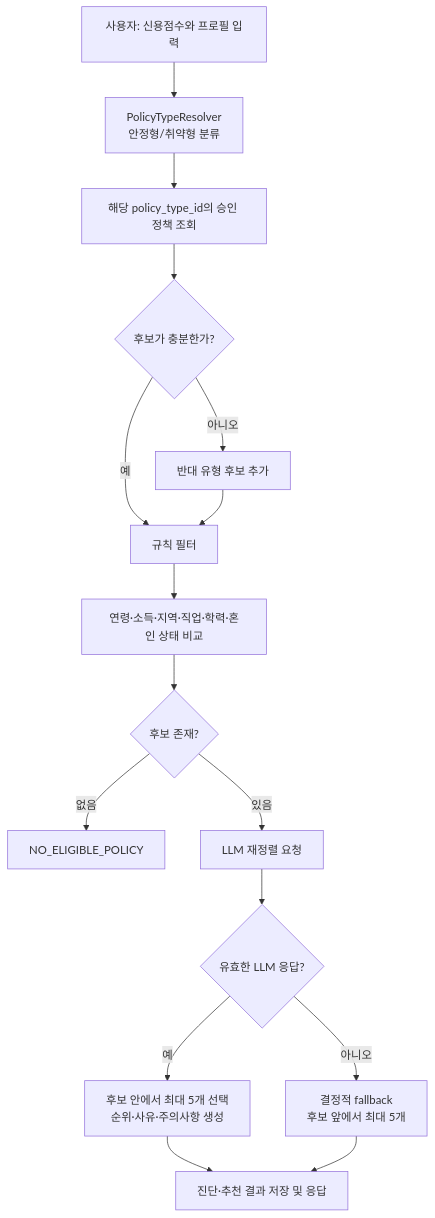
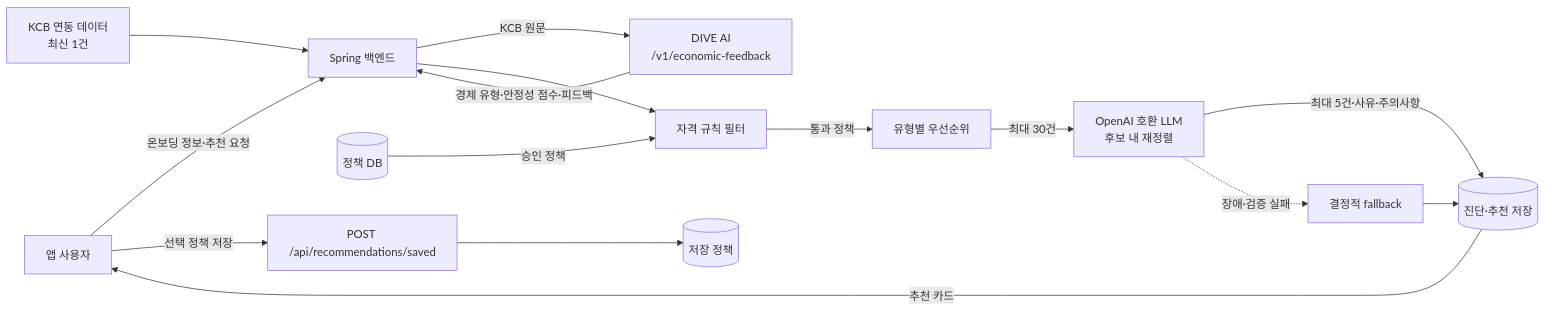
The diagram in apps/backend/POLICY_RECOMMENDATION_FLOW.md (DIVE-2026-Humanism/DIVE-intergration), drawn with Mermaid before and after one commit. The commit also changed other lines of this file and 55 other files, not shown here.

````diff
--- a/apps/backend/POLICY_RECOMMENDATION_FLOW.md
+++ b/apps/backend/POLICY_RECOMMENDATION_FLOW.md
@@ -55,18 +9,17 @@
 ```mermaid
-flowchart TD
-    A[사용자: 신용점수와 프로필 입력] --> B[PolicyTypeResolver\n안정형/취약형 분류]
-    B --> C[해당 policy_type_id의 승인 정책 조회]
-    C --> D{후보가 충분한가?}
-    D -- 아니오 --> E[반대 유형 후보 추가]
-    D -- 예 --> F[규칙 필터]
-    E --> F
-    F --> G[연령·소득·지역·직업·학력·혼인 상태 비교]
-    G --> H{후보 존재?}
-    H -- 없음 --> I[NO_ELIGIBLE_POLICY]
-    H -- 있음 --> J[LLM 재정렬 요청]
-    J --> K{유효한 LLM 응답?}
-    K -- 예 --> L[후보 안에서 최대 5개 선택\n순위·사유·주의사항 생성]
-    K -- 아니오 --> M[결정적 fallback\n후보 앞에서 최대 5개]
-    L --> N[진단·추천 결과 저장 및 응답]
-    M --> N
+flowchart LR
+    U[앱 사용자] -->|온보딩 정보·추천 요청| B[Spring 백엔드]
+    K[KCB 연동 데이터<br/>최신 1건] --> B
+    B -->|KCB 원문| AI[DIVE AI<br/>/v1/economic-feedback]
+    AI -->|경제 유형·안정성 점수·피드백| B
+    P[(정책 DB)] -->|승인 정책| F[자격 규칙 필터]
+    B --> F
+    F -->|통과 정책| R[유형별 우선순위]
+    R -->|최대 30건| L[OpenAI 호환 LLM<br/>후보 내 재정렬]
+    L -->|최대 5건·사유·주의사항| S[(진단·추천 저장)]
+    L -. 장애·검증 실패 .-> D[결정적 fallback]
+    D --> S
+    S -->|추천 카드| U
+    U -->|선택 정책 저장| SV[POST /api/recommendations/saved]
+    SV --> T[(저장 정책)]
 ```
````
